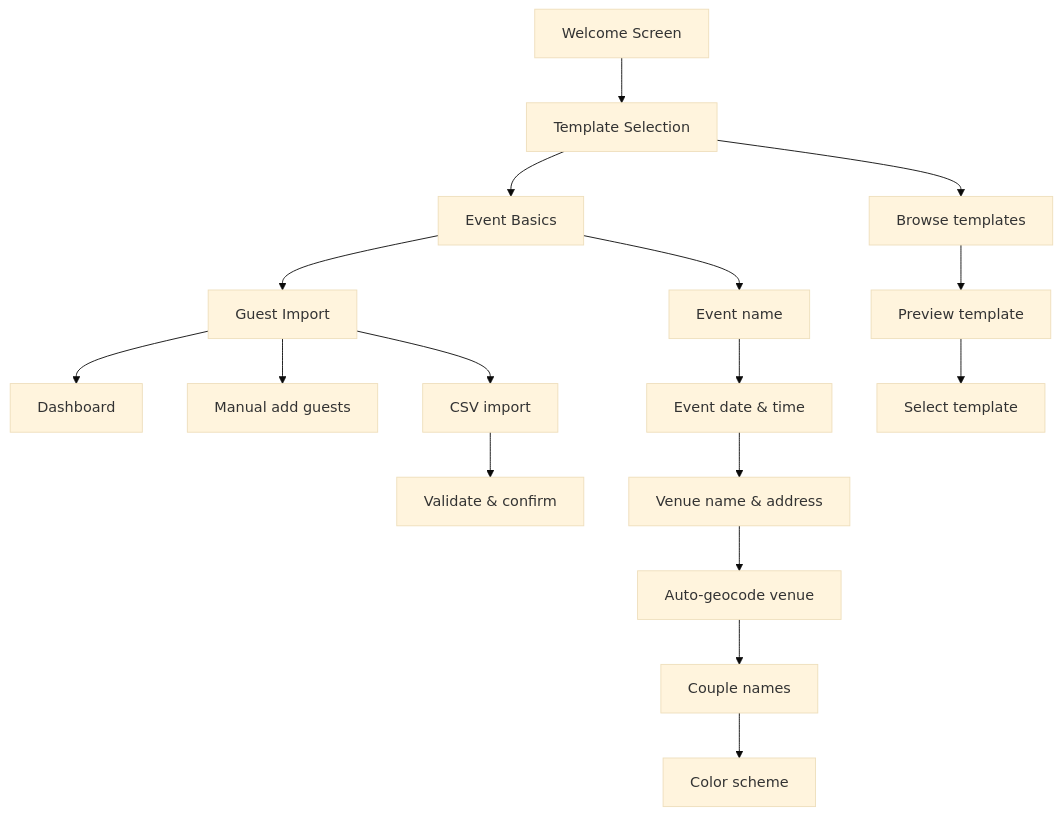
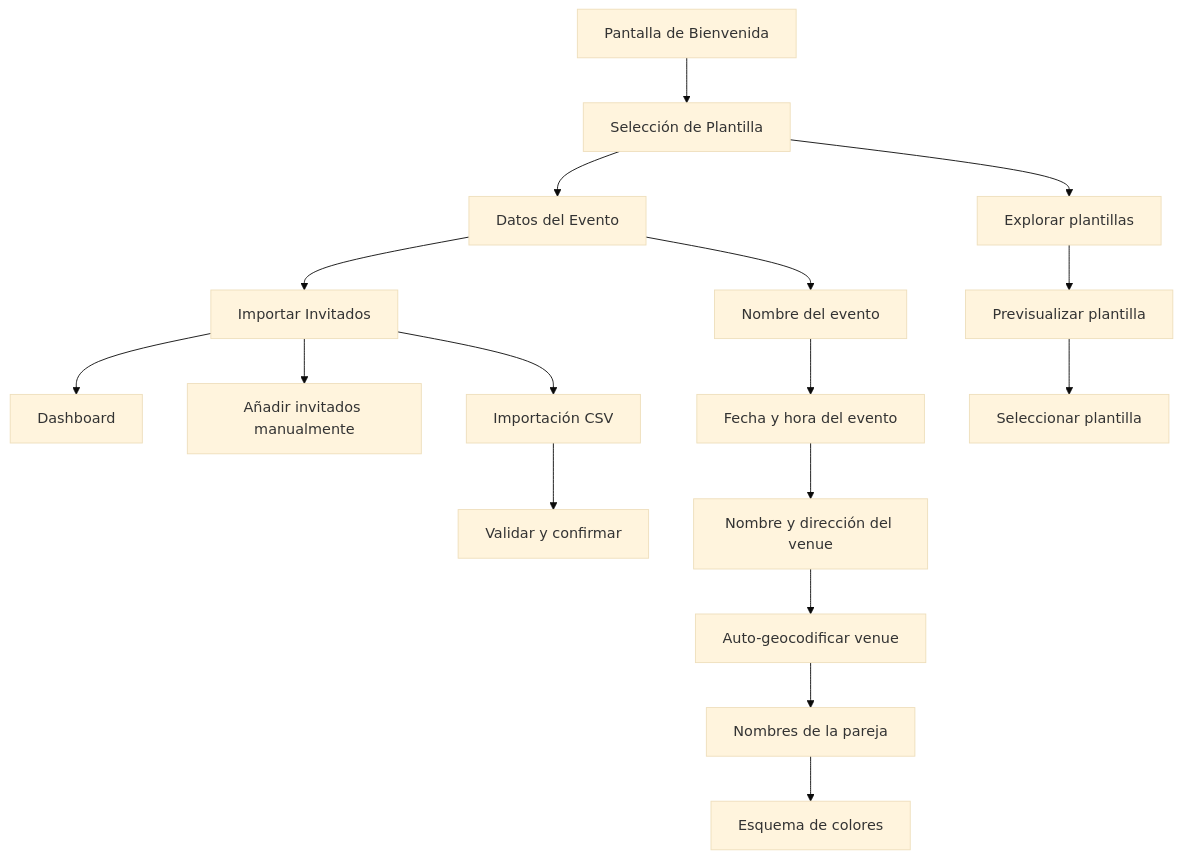
The second of 2 diagrams in business-documentation/prd/05-registration-onboarding.md (LIDR-academy/AI4Devs-finalproject), drawn with Mermaid (base theme) before and after one commit. The commit also changed other lines of this file and 38 other files, not shown here.

````diff
--- a/business-documentation/prd/05-registration-onboarding.md
+++ b/business-documentation/prd/05-registration-onboarding.md
@@ -75,22 +75,22 @@
 ```mermaid
 graph TD
-    A[Welcome Screen] --> B[Template Selection]
-    B --> C[Event Basics]
-    C --> D[Guest Import]
+    A[Pantalla de Bienvenida] --> B[Selección de Plantilla]
+    B --> C[Datos del Evento]
+    C --> D[Importar Invitados]
     D --> E[Dashboard]
 
-    B --> B1[Browse templates]
-    B1 --> B2[Preview template]
-    B2 --> B3[Select template]
+    B --> B1[Explorar plantillas]
+    B1 --> B2[Previsualizar plantilla]
+    B2 --> B3[Seleccionar plantilla]
 
-    C --> C1[Event name]
-    C1 --> C2[Event date & time]
-    C2 --> C3[Venue name & address]
-    C3 --> C4[Auto-geocode venue]
-    C4 --> C5[Couple names]
-    C5 --> C6[Color scheme]
+    C --> C1[Nombre del evento]
+    C1 --> C2[Fecha y hora del evento]
+    C2 --> C3[Nombre y dirección del venue]
+    C3 --> C4[Auto-geocodificar venue]
+    C4 --> C5[Nombres de la pareja]
+    C5 --> C6[Esquema de colores]
 
-    D --> D1[Manual add guests]
-    D --> D2[CSV import]
-    D2 --> D3[Validate & confirm]
+    D --> D1[Añadir invitados manualmente]
+    D --> D2[Importación CSV]
+    D2 --> D3[Validar y confirmar]
 ```
````
